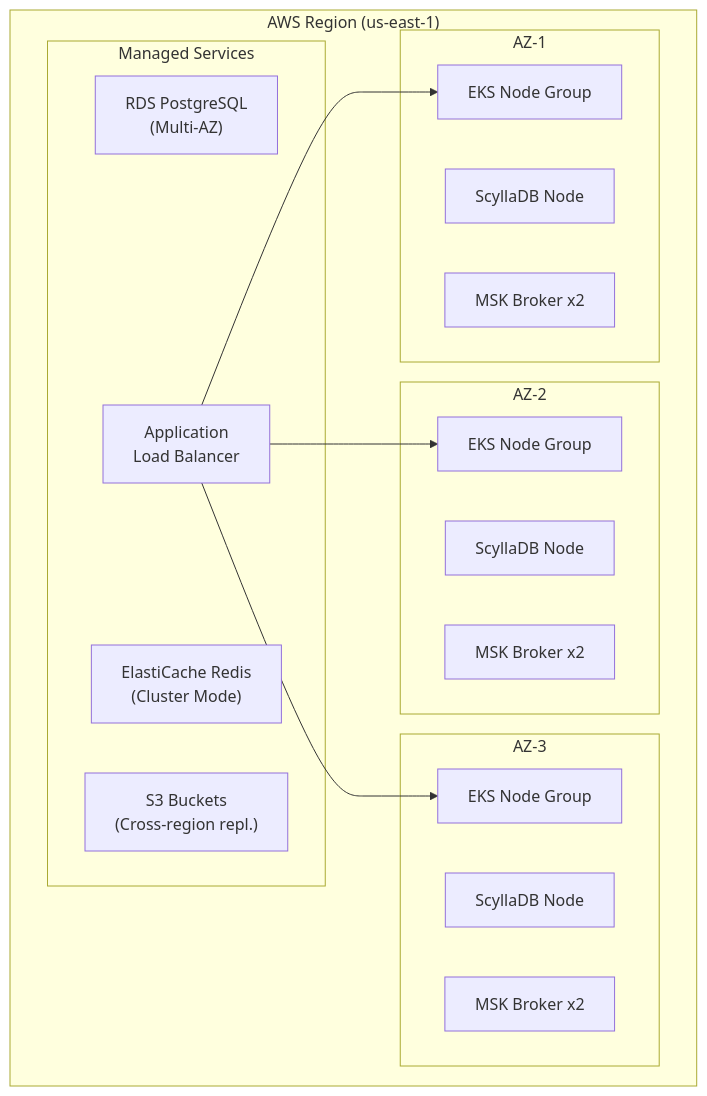
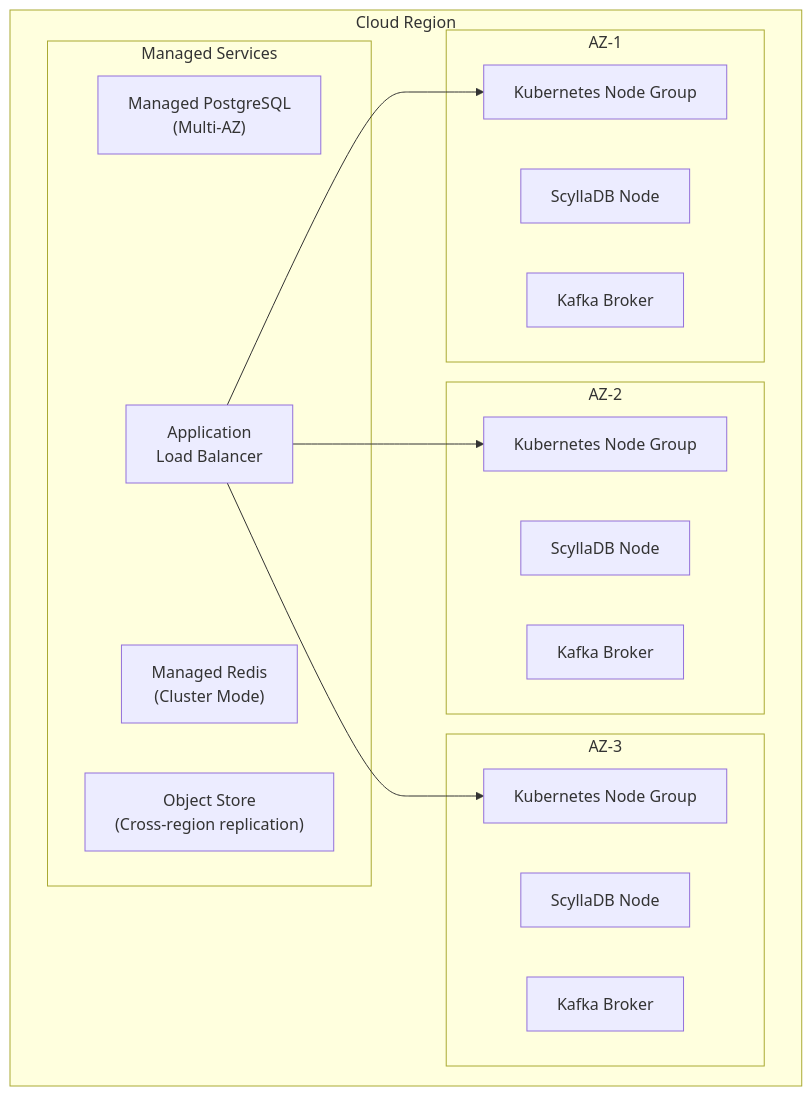
Before and after one commit to ksmettela/Synora: the ninth of 12 diagrams in PRODUCT_BLOG.md, drawn with Mermaid. The commit also changed other lines of this file and 27 other files, not shown here.

````diff
--- a/PRODUCT_BLOG.md
+++ b/PRODUCT_BLOG.md
@@ -519,33 +522,33 @@
 ```mermaid
 graph TB
-    subgraph "AWS Region (us-east-1)"
+    subgraph "Cloud Region"
         subgraph "AZ-1"
-            EKS1["EKS Node Group"]
+            EKS1["Kubernetes Node Group"]
             SCYLLA1["ScyllaDB Node"]
-            KAFKA1["MSK Broker x2"]
+            KAFKA1["Kafka Broker"]
         end
-        
+
         subgraph "AZ-2"
-            EKS2["EKS Node Group"]
+            EKS2["Kubernetes Node Group"]
             SCYLLA2["ScyllaDB Node"]
-            KAFKA2["MSK Broker x2"]
+            KAFKA2["Kafka Broker"]
         end
-        
+
         subgraph "AZ-3"
-            EKS3["EKS Node Group"]
+            EKS3["Kubernetes Node Group"]
             SCYLLA3["ScyllaDB Node"]
-            KAFKA3["MSK Broker x2"]
+            KAFKA3["Kafka Broker"]
         end
-        
+
         subgraph "Managed Services"
-            RDS["RDS PostgreSQL<br/>(Multi-AZ)"]
-            ELAST["ElastiCache Redis<br/>(Cluster Mode)"]
-            S3["S3 Buckets<br/>(Cross-region repl.)"]
+            RDS["Managed PostgreSQL<br/>(Multi-AZ)"]
+            ELAST["Managed Redis<br/>(Cluster Mode)"]
+            S3["Object Store<br/>(Cross-region replication)"]
             ALB["Application<br/>Load Balancer"]
         end
     end
 
     ALB --> EKS1
     ALB --> EKS2
     ALB --> EKS3
 ```
````
